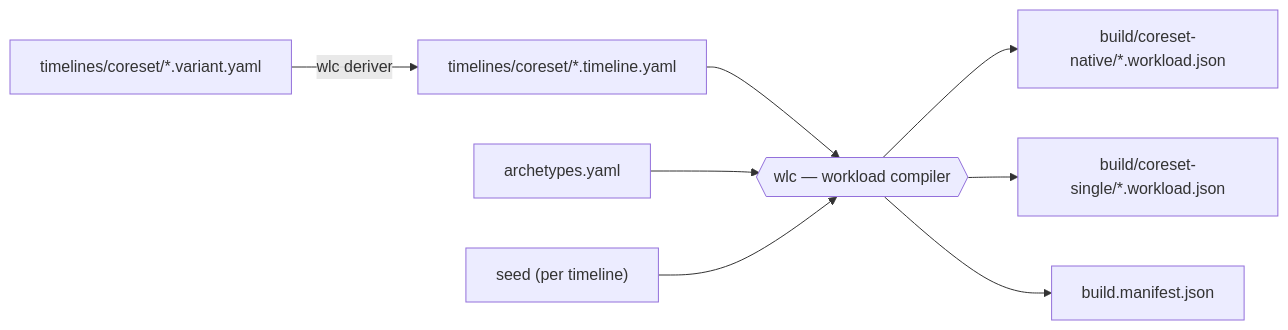
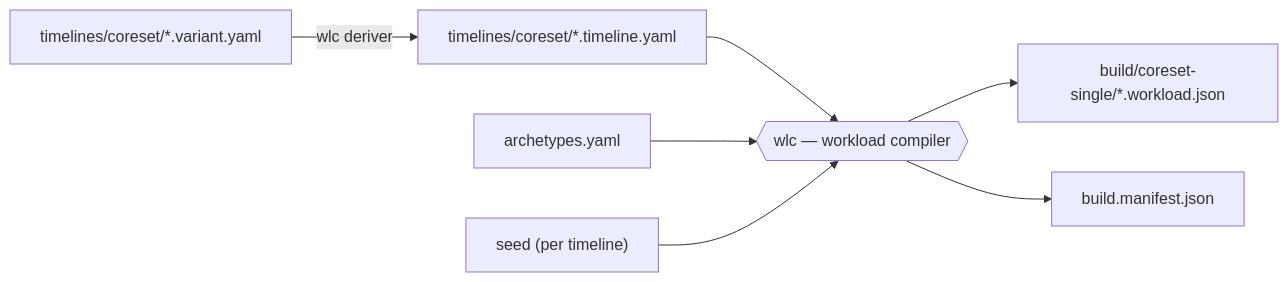
One commit to logis11/LLM_driven_shceduling changed the diagram in dataset/README.md. Above: the diagram before and after it, drawn with Mermaid. The commit also changed other lines of this file and 3 other files, not shown here.

````diff
--- a/dataset/README.md
+++ b/dataset/README.md
@@ -26,11 +25,10 @@
 ```mermaid
 flowchart LR
     V["timelines/coreset/*.variant.yaml"] -- "wlc deriver" --> T
     T["timelines/coreset/*.timeline.yaml"] --> W
     A["archetypes.yaml"] --> W
     S["seed (per timeline)"] --> W
     W{{"wlc — workload compiler"}}
-    W --> N["build/coreset-native/*.workload.json"]
     W --> G["build/coreset-single/*.workload.json"]
     W --> M["build.manifest.json"]
 ```
````
